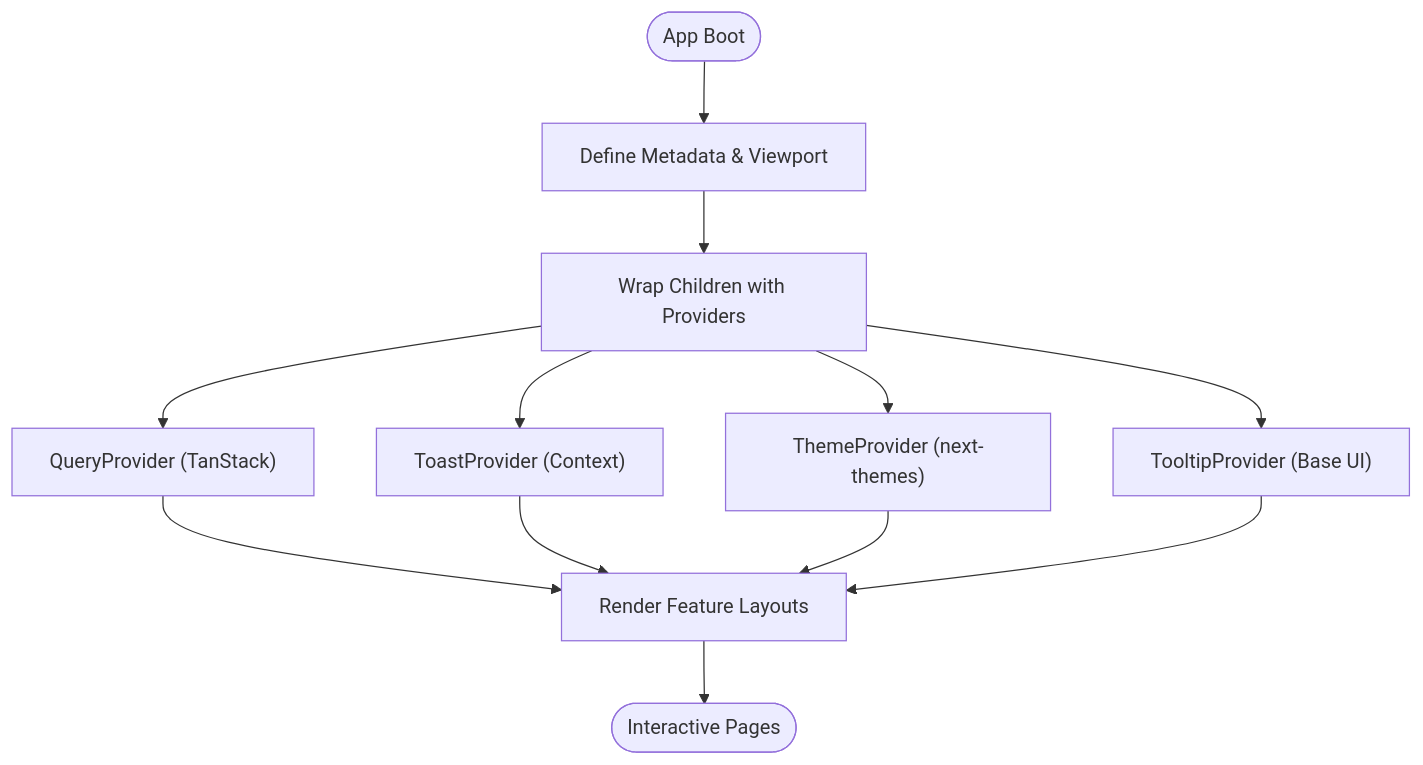
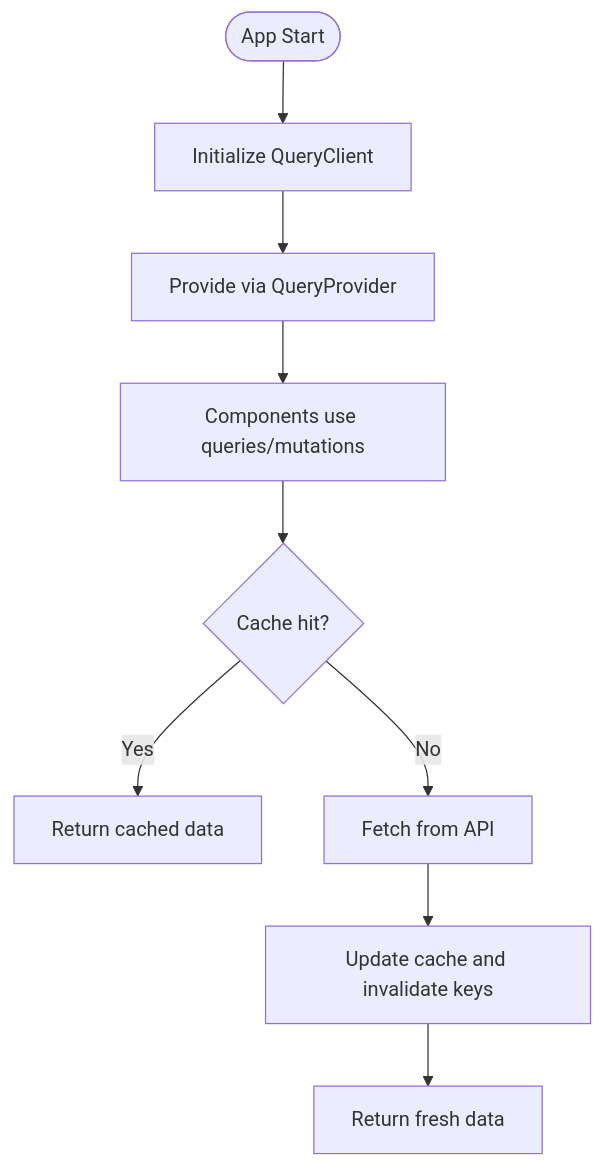
The fourth of 6 diagrams in .qoder/repowiki/en/content/Architecture Overview/System Design.md (Meaetin/alibaba-hackathon), drawn with Mermaid before and after one commit. The commit also changed other lines of this file and 241 other files, not shown here.

````diff
--- a/.qoder/repowiki/en/content/Architecture Overview/System Design.md
+++ b/.qoder/repowiki/en/content/Architecture Overview/System Design.md
@@ -137,14 +158,11 @@
 ```mermaid
 flowchart TD
-Start(["App Boot"]) --> Meta["Define Metadata & Viewport"]
-Meta --> Providers["Wrap Children with Providers"]
-Providers --> Query["QueryProvider (TanStack)"]
-Providers --> Toast["ToastProvider (Context)"]
-Providers --> Theme["ThemeProvider (next-themes)"]
-Providers --> Tooltip["TooltipProvider (Base UI)"]
-Query --> Children["Render Feature Layouts"]
-Toast --> Children
-Theme --> Children
-Tooltip --> Children
-Children --> End(["Interactive Pages"])
+Start(["App Start"]) --> InitQC["Initialize QueryClient"]
+InitQC --> Provide["Provide via QueryProvider"]
+Provide --> UseQueries["Components use queries/mutations"]
+UseQueries --> Cache{"Cache hit?"}
+Cache --> |Yes| ReturnCached["Return cached data"]
+Cache --> |No| Fetch["Fetch from API"]
+Fetch --> UpdateCache["Update cache and invalidate keys"]
+UpdateCache --> ReturnData["Return fresh data"]
 ```
````
